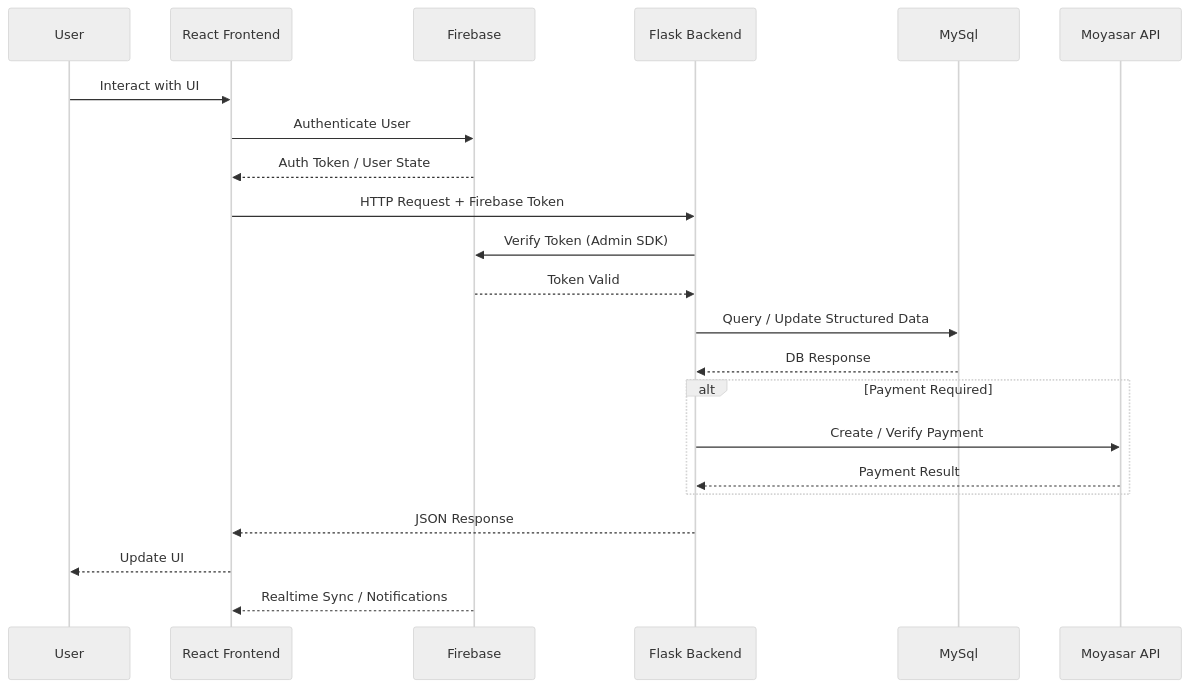
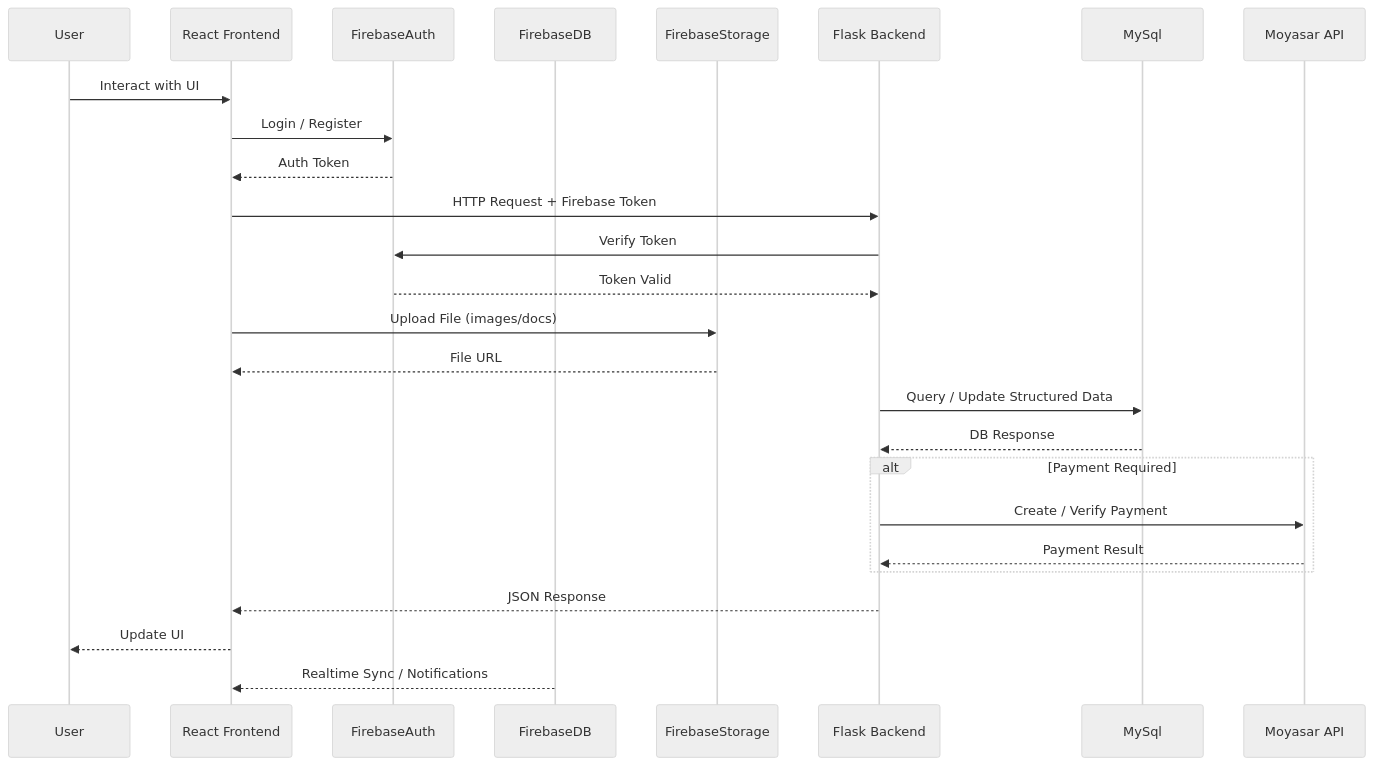
One commit to aziz5g-tech/holbertonschool-portfolio-project changed the second of 2 diagrams in Stage 3/high-level architecture diagram .md. Above: the diagram before and after it, drawn with Mermaid (neutral theme). The commit also changed other lines of this file, not shown here.

First line of the commit message:
Revise architecture diagram and data flow details

````diff
--- a/Stage 3/high-level architecture diagram .md
+++ b/Stage 3/high-level architecture diagram .md
@@ -41,38 +63,44 @@
 ```mermaid
 sequenceDiagram
     participant User
     participant React as React Frontend
-    participant Firebase
+    participant FirebaseAuth
+    participant FirebaseDB
+    participant FirebaseStorage
     participant API as Flask Backend
     participant MySql
     participant Moyasar as Moyasar API
 
     %% User Interaction
     User->>React: Interact with UI
 
-    %% Authentication & Realtime
-    React->>Firebase: Authenticate User
-    Firebase-->>React: Auth Token / User State
+    %% Authentication
+    React->>FirebaseAuth: Login / Register
+    FirebaseAuth-->>React: Auth Token
 
     %% Secure API Request
     React->>API: HTTP Request + Firebase Token
-    API->>Firebase: Verify Token (Admin SDK)
-    Firebase-->>API: Token Valid
+    API->>FirebaseAuth: Verify Token
+    FirebaseAuth-->>API: Token Valid
 
-    %% Business Data Flow
+    %% File Upload Flow
+    React->>FirebaseStorage: Upload File (images/docs)
+    FirebaseStorage-->>React: File URL
+
+    %% Business Logic
     API->>MySql: Query / Update Structured Data
     MySql-->>API: DB Response
 
-    %% Optional Payment Flow
+    %% Payment Flow
     alt Payment Required
         API->>Moyasar: Create / Verify Payment
         Moyasar-->>API: Payment Result
     end
 
-    %% Final Response
+    %% Response
     API-->>React: JSON Response
     React-->>User: Update UI
 
     %% Realtime Updates
-    Firebase-->>React: Realtime Sync / Notifications
+    FirebaseDB-->>React: Realtime Sync / Notifications
 ```
````
